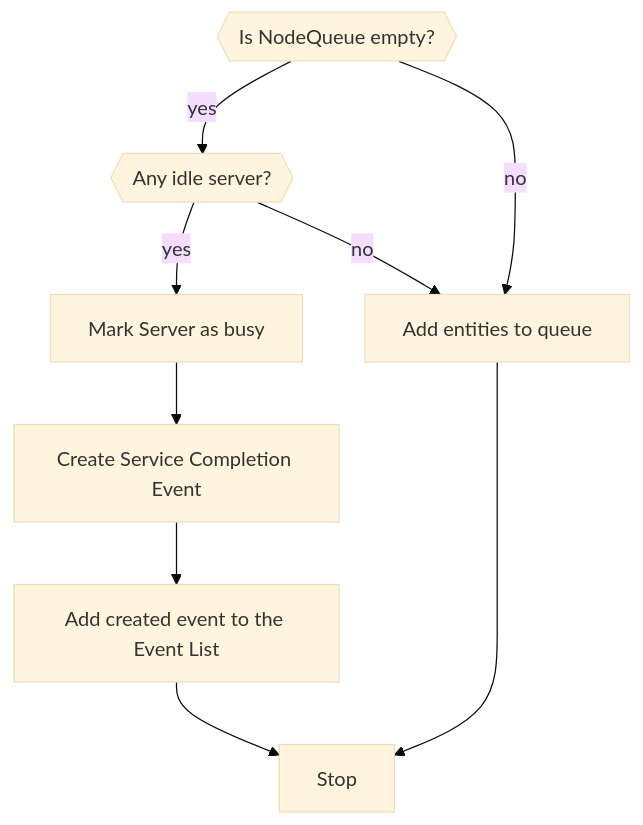
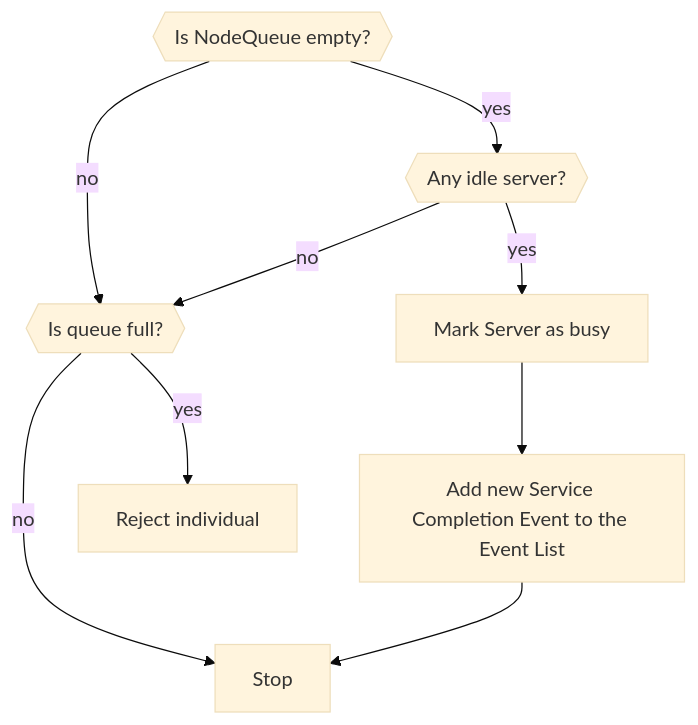
Before and after one commit to jasdefer/QueueSharp: the sixth of 8 diagrams in README.md, drawn with Mermaid (base theme). The commit also changed other lines of this file and 1 other file, not shown here.

Commit message:
Improve algorithm flowcharts

````diff
--- a/README.md
+++ b/README.md
@@ -78,18 +124,17 @@
 ```mermaid
 flowchart TD
     A{{Is NodeQueue empty?}}
     C{{Any idle server?}}
     MakeBusy[Mark Server as busy]
-    D[Add entities to queue]
-    E[Create Service Completion Event]
-    F[Add created event to the Event List]
-    Stop
+    D{{Is queue full?}}
+    F[Add new Service Completion Event to the Event List]
+    Reject[Reject individual]
     A -- yes --> C
     C -- yes --> MakeBusy
     A -- no --> D
-    MakeBusy --> E
+    MakeBusy --> F
     C -- no --> D
-    E-->F
-    F-->Stop
-    D --> Stop
+    D -- yes --> Reject
+    D -- no --> Stop
+    F--> Stop
 ```
````
